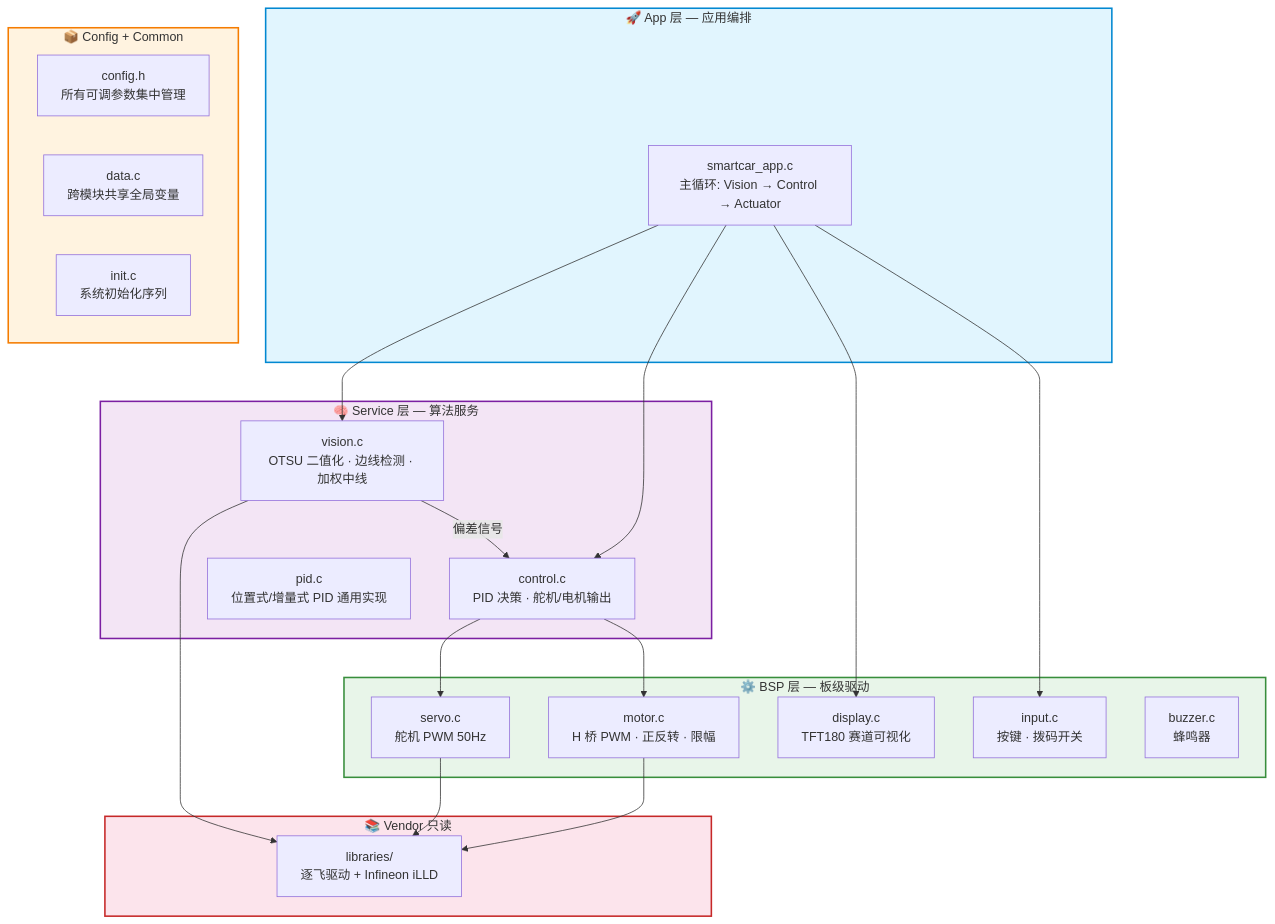
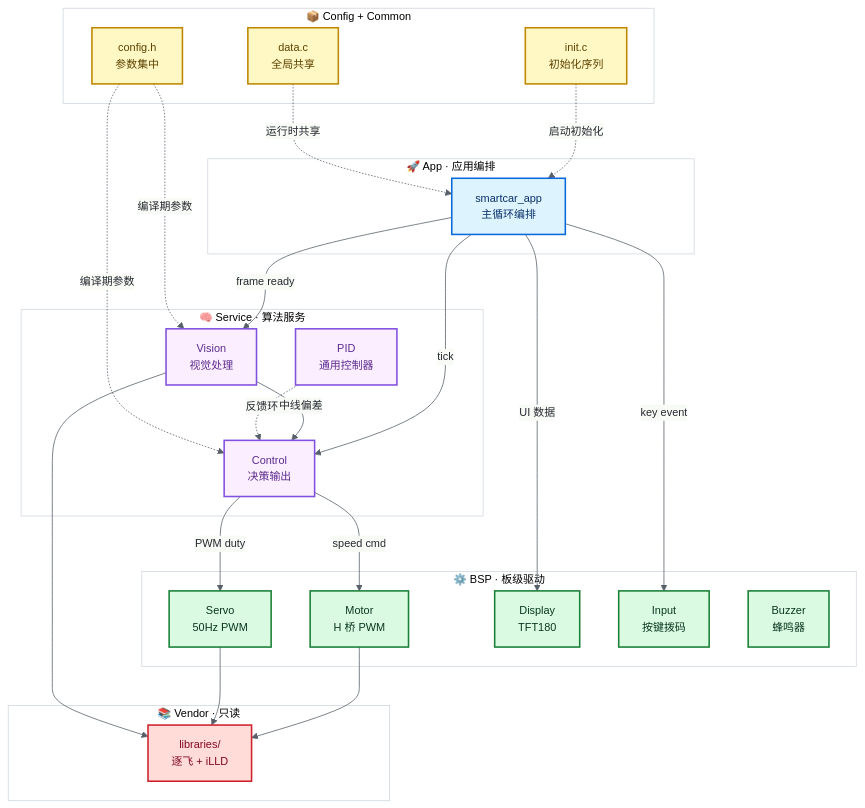
The first of 3 diagrams in README.md (ParacosmYy/GS_Smart_car), drawn with Mermaid before and after one commit. The commit also changed other lines of this file and 14 other files, not shown here.

First line of the commit message:
feat(arch): 事件驱动+调度器框架+BSP面向对象重构+README mermaid优化

````diff
--- a/README.md
+++ b/README.md
@@ -22,48 +24,58 @@
 ```mermaid
-graph TD
-    subgraph APP ["🚀 App 层 — 应用编排"]
-        APP1["smartcar_app.c<br/>主循环: Vision → Control → Actuator"]
+%%{init: {'theme':'base','themeVariables':{'primaryColor':'#f6f8fa','primaryTextColor':'#24292f','primaryBorderColor':'#d0d7de','lineColor':'#57606a','fontSize':'14px','fontFamily':'ui-sans-serif,system-ui,-apple-system,Segoe UI,Helvetica,Arial,sans-serif','clusterBkg':'#ffffff','clusterBorder':'#d0d7de'}}}%%
+flowchart TD
+    classDef appLayer fill:#ddf4ff,stroke:#0969da,stroke-width:2px,color:#0a3069
+    classDef svcLayer fill:#fbefff,stroke:#8250df,stroke-width:2px,color:#5c2b8e
+    classDef bspLayer fill:#dafbe1,stroke:#1a7f37,stroke-width:2px,color:#0a3622
+    classDef cfgLayer fill:#fff8c5,stroke:#bf8700,stroke-width:2px,color:#5c4200
+    classDef libLayer fill:#ffdcd7,stroke:#cf222e,stroke-width:2px,color:#82071e
+
+    subgraph APP[" 🚀 App · 应用编排 "]
+        APP1["smartcar_app<br/>主循环编排"]:::appLayer
     end
 
-    subgraph SVC ["🧠 Service 层 — 算法服务"]
-        VIS["vision.c<br/>OTSU 二值化 · 边线检测 · 加权中线"]
-        CTL["control.c<br/>PID 决策 · 舵机/电机输出"]
-        PID["pid.c<br/>位置式/增量式 PID 通用实现"]
+    subgraph SVC[" 🧠 Service · 算法服务 "]
+        VIS["Vision<br/>视觉处理"]:::svcLayer
+        CTL["Control<br/>决策输出"]:::svcLayer
+        PID["PID<br/>通用控制器"]:::svcLayer
     end
 
-    subgraph BSP ["⚙️ BSP 层 — 板级驱动"]
-        MTR["motor.c<br/>H 桥 PWM · 正反转 · 限幅"]
-        SRV["servo.c<br/>舵机 PWM 50Hz"]
-        DSP["display.c<br/>TFT180 赛道可视化"]
-        INP["input.c<br/>按键 · 拨码开关"]
-        BUZ["buzzer.c<br/>蜂鸣器"]
+    subgraph BSP[" ⚙️ BSP · 板级驱动 "]
+        MTR["Motor<br/>H 桥 PWM"]:::bspLayer
+        SRV["Servo<br/>50Hz PWM"]:::bspLayer
+        DSP["Display<br/>TFT180"]:::bspLayer
+        INP["Input<br/>按键拨码"]:::bspLayer
+        BUZ["Buzzer<br/>蜂鸣器"]:::bspLayer
     end
 
-    subgraph CFG ["📦 Config + Common"]
-        CNF["config.h<br/>所有可调参数集中管理"]
-        DAT["data.c<br/>跨模块共享全局变量"]
-        INT["init.c<br/>系统初始化序列"]
+    subgraph CFG[" 📦 Config + Common "]
+        CNF["config.h<br/>参数集中"]:::cfgLayer
+        DAT["data.c<br/>全局共享"]:::cfgLayer
+        INT["init.c<br/>初始化序列"]:::cfgLayer
     end
 
-    subgraph LIB ["📚 Vendor 只读"]
-        VEN["libraries/<br/>逐飞驱动 + Infineon iLLD"]
+    subgraph LIB[" 📚 Vendor · 只读 "]
+        VEN["libraries/<br/>逐飞 + iLLD"]:::libLayer
     end
 
-    APP1 --> VIS
-    APP1 --> CTL
-    VIS -->|"偏差信号"| CTL
-    CTL --> MTR
-    CTL --> SRV
-    APP1 --> DSP
-    APP1 --> INP
+    %% 主数据流（运行时调用）
+    APP1 -->|frame ready| VIS
+    APP1 -->|tick| CTL
+    VIS -->|中线偏差| CTL
+    CTL -->|PWM duty| SRV
+    CTL -->|speed cmd| MTR
+    APP1 -->|UI 数据| DSP
+    APP1 -->|key event| INP
+    PID -.->|反馈环| CTL
 
+    %% 硬件抽象（BSP 调用 Vendor）
     MTR --> VEN
     SRV --> VEN
     VIS --> VEN
 
-    style APP fill:#e1f5fe,stroke:#0288d1,stroke-width:2px
-    style SVC fill:#f3e5f5,stroke:#7b1fa2,stroke-width:2px
-    style BSP fill:#e8f5e9,stroke:#388e3c,stroke-width:2px
-    style CFG fill:#fff3e0,stroke:#f57c00,stroke-width:2px
-    style LIB fill:#fce4ec,stroke:#c62828,stroke-width:2px
+    %% 配置/初始化依赖（虚线 = 编译期/启动期）
+    CNF -.->|编译期参数| CTL
+    CNF -.->|编译期参数| VIS
+    INT -.->|启动初始化| APP1
+    DAT -.->|运行时共享| APP1
 ```
````
